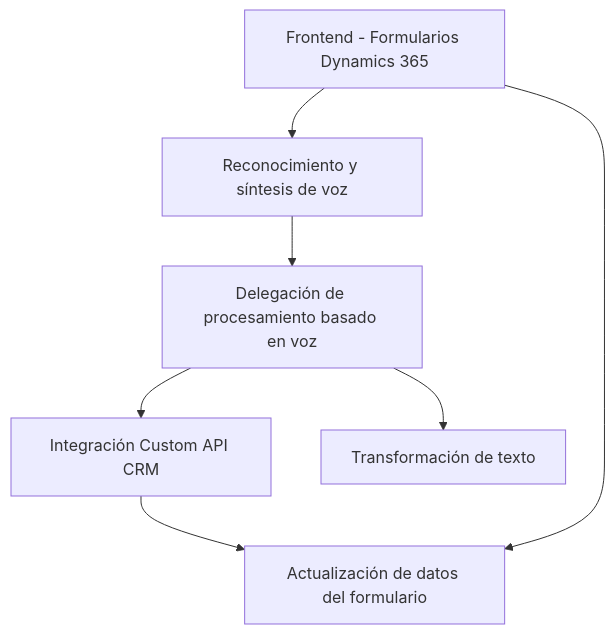
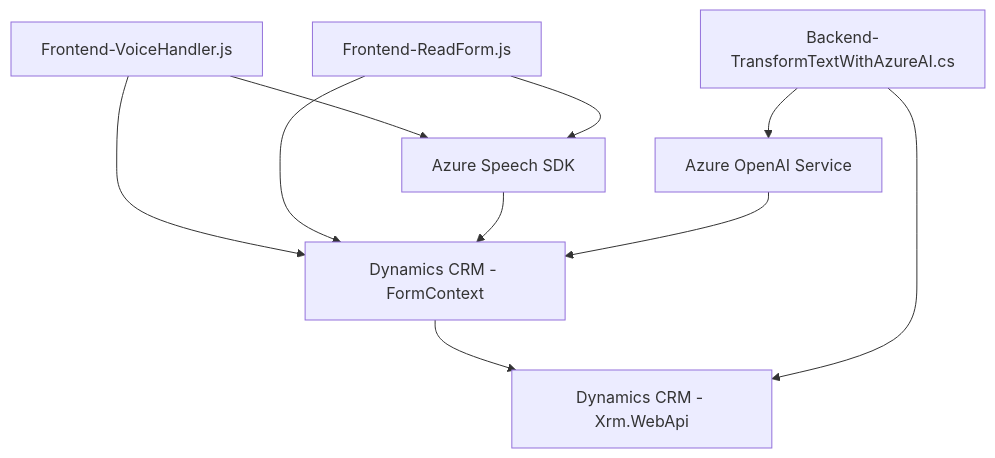
The diagram in README.md (blopezdm/NETCORE_BILBAO2025), drawn with Mermaid before and after one commit. The commit also changed other lines of this file, not shown here.

Commit message:
Actualizar análisis global de la solución con IA

````diff
--- a/README.md
+++ b/README.md
@@ -57,15 +33,20 @@
 ```mermaid
 graph TD
-    A["Frontend - Formularios Dynamics 365"]
-    B["SDK Azure Speech"]
-    C["Xrm.WebApi"]
-    D["Backend Plugin Dynamics CRM"]
-    E["Azure OpenAI API"]
-    F["Custom API Dynamics CRM"]
-    A --> B["Reconocimiento y síntesis de voz"]
-    A --> C["Interacción con datos visibles"]
-    B --> D["Delegación de procesamiento basado en voz"]
-    D --> F["Integración Custom API CRM"]
-    F --> C["Actualización de datos del formulario"]
-    D --> E["Transformación de texto"]
+    A["Frontend-VoiceHandler.js"]
+    B["Frontend-ReadForm.js"]
+    C["Backend-TransformTextWithAzureAI.cs"]
+    D["Azure Speech SDK"]
+    E["Azure OpenAI Service"]
+    F["Dynamics CRM - FormContext"]
+    G["Dynamics CRM - Xrm.WebApi"]
+
+    A --> F
+    B --> F
+    F --> G
+    A --> D
+    B --> D
+    C --> E
+    C --> G
+    D --> F
+    E --> F
 ```
````
